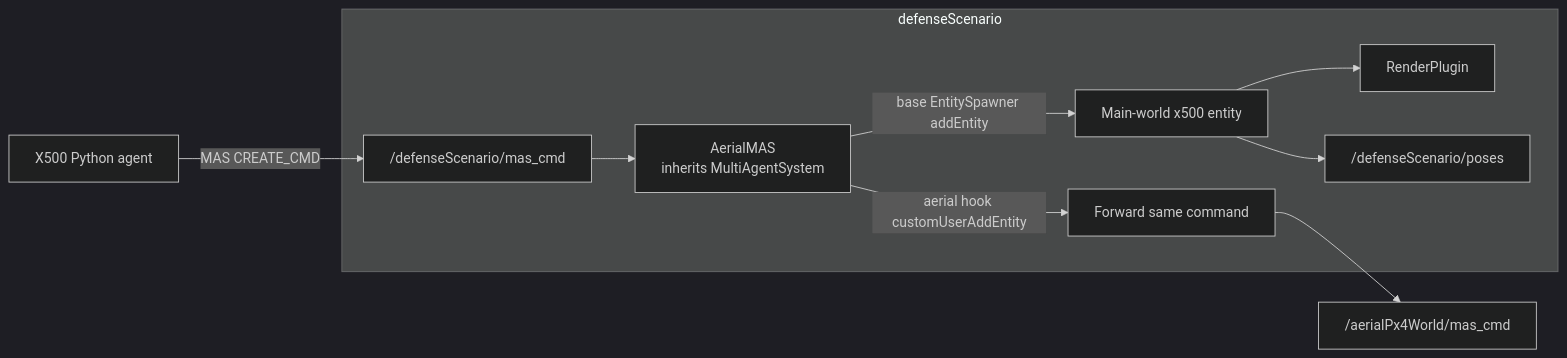
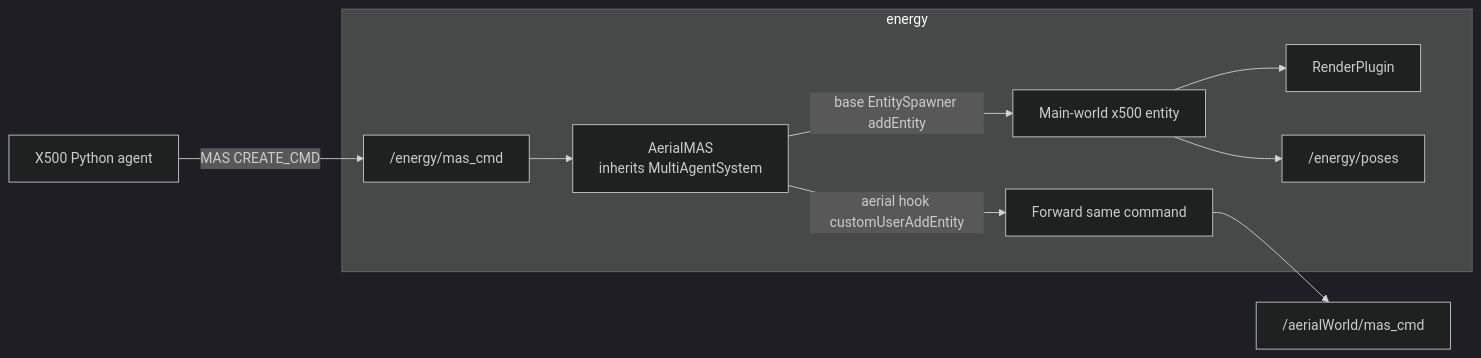
The second of 4 diagrams in docs/PX4_Documentation/PX4_Flow_Diagram.md (IRL-Crossing-CNRS/LOTUSim), drawn with Mermaid (dark theme) before and after one commit. The commit also changed other lines of this file and 55 other files, not shown here.

````diff
--- a/docs/PX4_Documentation/PX4_Flow_Diagram.md
+++ b/docs/PX4_Documentation/PX4_Flow_Diagram.md
@@ -80,16 +80,16 @@
 ```mermaid
 flowchart LR
-    X500Agent["X500 Python agent"] -->|MAS CREATE_CMD| MainMAS["/defenseScenario/mas_cmd"]
+    X500Agent["X500 Python agent"] -->|MAS CREATE_CMD| MainMAS["/energy/mas_cmd"]
 
-    subgraph MainWorld["defenseScenario"]
+    subgraph MainWorld["energy"]
         MainMAS --> AEM["AerialMAS<br>inherits MultiAgentSystem"]
 
         AEM -->|base EntitySpawner addEntity| MainX500["Main-world x500 entity"]
         AEM -->|aerial hook customUserAddEntity| Forward["Forward same command"]
 
         MainX500 --> RenderPlugin["RenderPlugin"]
-        MainX500 --> PoseTopic["/defenseScenario/poses"]
+        MainX500 --> PoseTopic["/energy/poses"]
     end
 
-    Forward --> AerialMAS["/aerialPx4World/mas_cmd"]
+    Forward --> AerialMAS["/aerialWorld/mas_cmd"]
 ```
````
